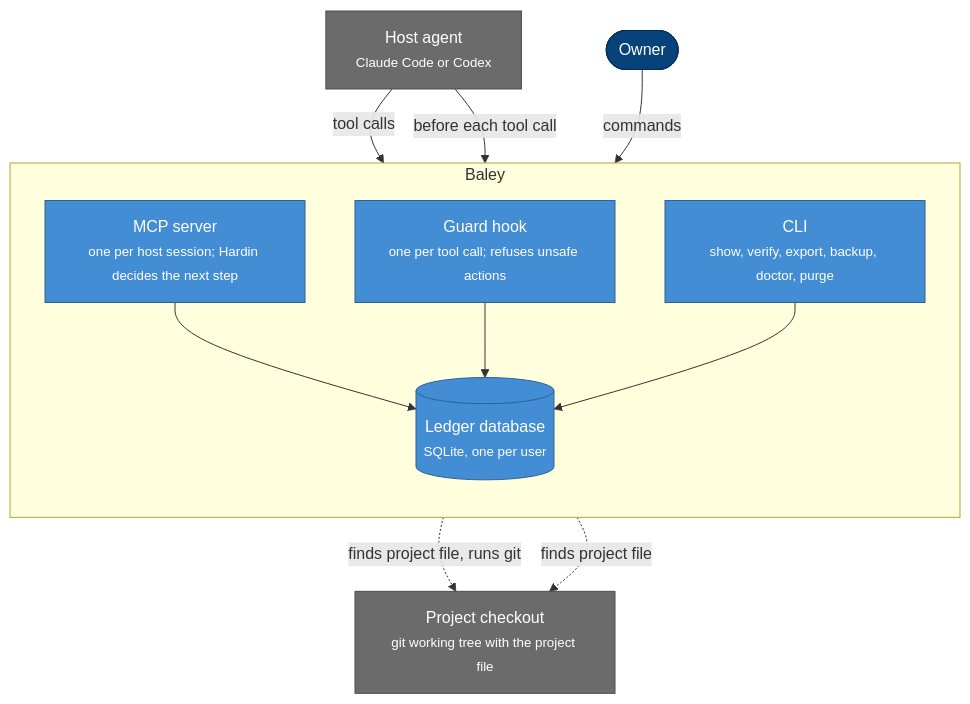
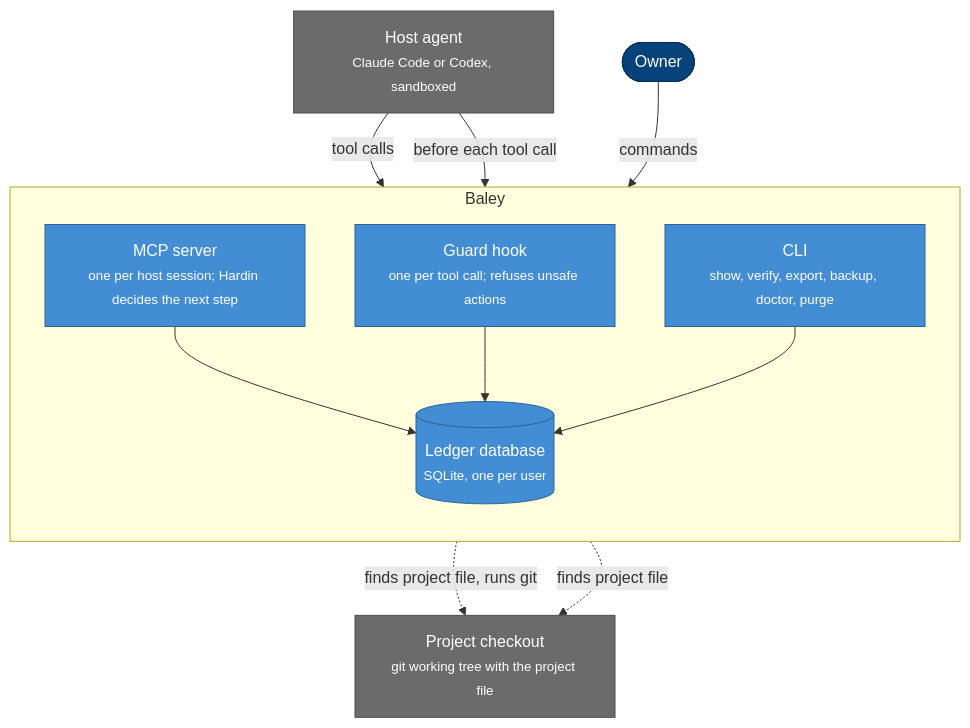
Before and after one commit to crenshawdev/baley: the second of 10 diagrams in docs/design/0001-evidence-ledger.md, drawn with Mermaid. The commit also changed other lines of this file and 1 other file, not shown here.

````diff
--- a/docs/design/0001-evidence-ledger.md
+++ b/docs/design/0001-evidence-ledger.md
@@ -124,27 +144,27 @@
 ```mermaid
 flowchart TB
   owner(["Owner"])
-  host["Host agent<br/><small>Claude Code or Codex</small>"]
+  host["Host agent<br/><small>Claude Code or Codex, sandboxed</small>"]
   subgraph baley [Baley]
     direction TB
     server["MCP server<br/><small>one per host session; Hardin decides the next step</small>"]
     guard["Guard hook<br/><small>one per tool call; refuses unsafe actions</small>"]
     cli["CLI<br/><small>show, verify, export, backup, doctor, purge</small>"]
     db[("Ledger database<br/><small>SQLite, one per user</small>")]
   end
   checkout["Project checkout<br/><small>git working tree with the project file</small>"]
   host -->|tool calls| server
   host -->|before each tool call| guard
   owner -->|commands| cli
   server --> db
   guard --> db
   cli --> db
   server -.->|finds project file, runs git| checkout
   guard -.->|finds project file| checkout
   classDef person fill:#08427b,stroke:#052e56,color:#fff
   classDef container fill:#438dd5,stroke:#2e6295,color:#fff
   classDef external fill:#6b6b6b,stroke:#4d4d4d,color:#fff
   class owner person
   class server,guard,cli,db container
   class host,checkout external
 ```
````
